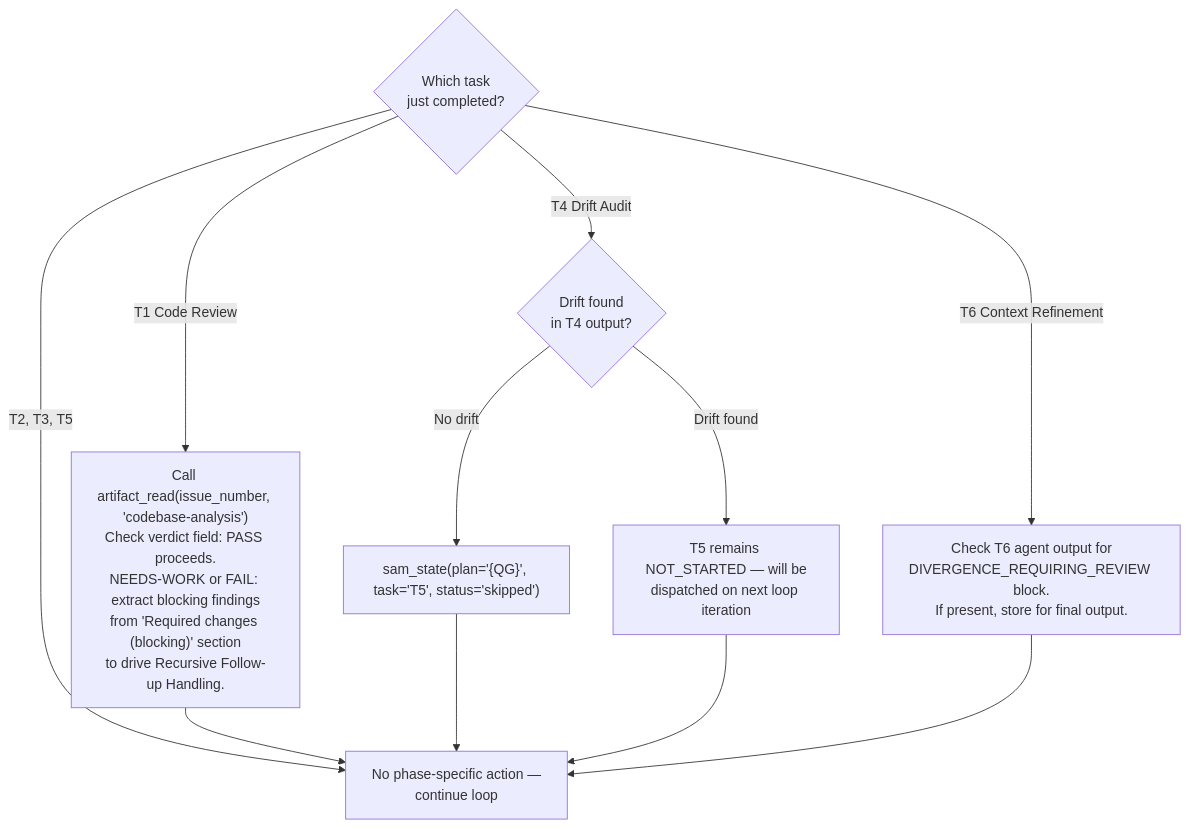
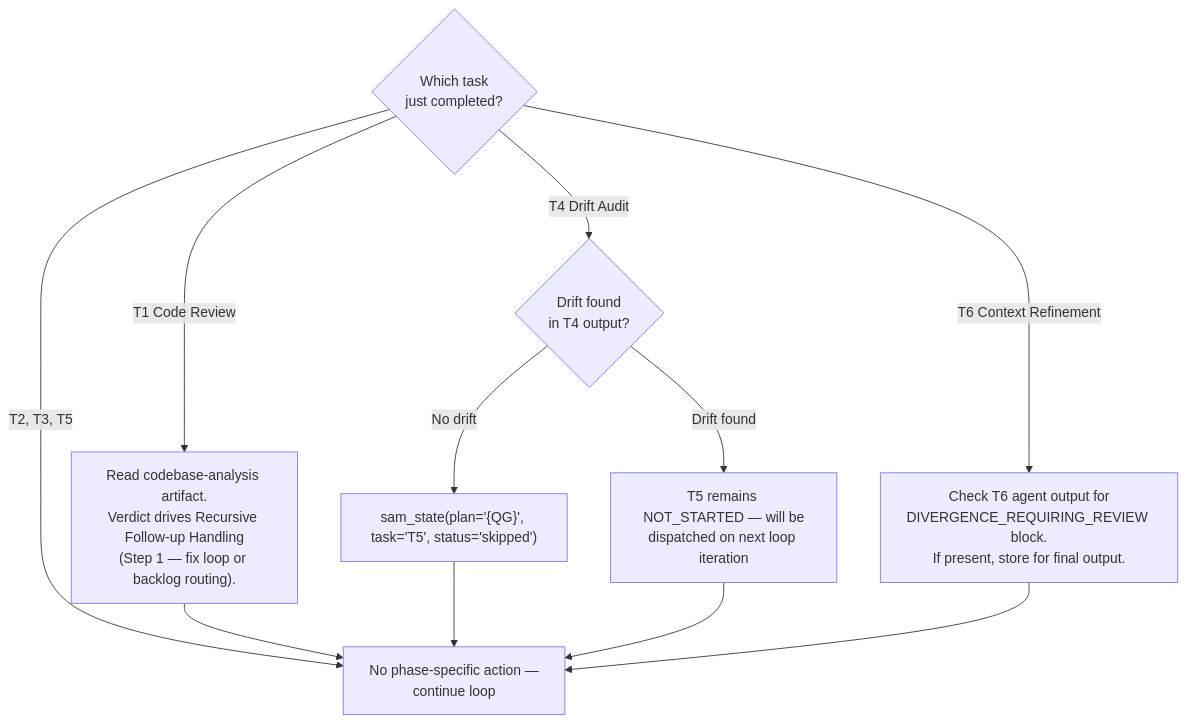
The seventh of 10 diagrams in plugins/development-harness/skills/complete-implementation/SKILL.md (chgreer1070/claude_skills), drawn with Mermaid before and after one commit. The commit also changed other lines of this file and 2 other files, not shown here.

First line of the commit message:
fix(dh): complete-implementation loops on blocking code review findings

````diff
--- a/plugins/development-harness/skills/complete-implementation/SKILL.md
+++ b/plugins/development-harness/skills/complete-implementation/SKILL.md
@@ -508,14 +501,14 @@
 ```mermaid
 flowchart TD
     Done{Which task<br>just completed?}
-    Done -->|T1 Code Review| T1Post["Call artifact_read(issue_number, 'codebase-analysis')<br>Check verdict field: PASS proceeds.<br>NEEDS-WORK or FAIL: extract blocking findings<br>from 'Required changes (blocking)' section<br>to drive Recursive Follow-up Handling."]
+    Done -->|T1 Code Review| T1Post["Read codebase-analysis artifact.<br>Verdict drives Recursive Follow-up Handling<br>(Step 1 — fix loop or backlog routing)."]
     Done -->|T4 Drift Audit| T4Post{Drift found<br>in T4 output?}
     T4Post -->|No drift| SkipT5["sam_state(plan='{QG}', task='T5', status='skipped')"]
     T4Post -->|Drift found| T5Ready["T5 remains NOT_STARTED — will be<br>dispatched on next loop iteration"]
     Done -->|T6 Context Refinement| T6Post["Check T6 agent output for<br>DIVERGENCE_REQUIRING_REVIEW block.<br>If present, store for final output."]
     Done -->|T2, T3, T5| Continue["No phase-specific action —<br>continue loop"]
     T1Post --> Continue
     SkipT5 --> Continue
     T5Ready --> Continue
     T6Post --> Continue
 ```
````
